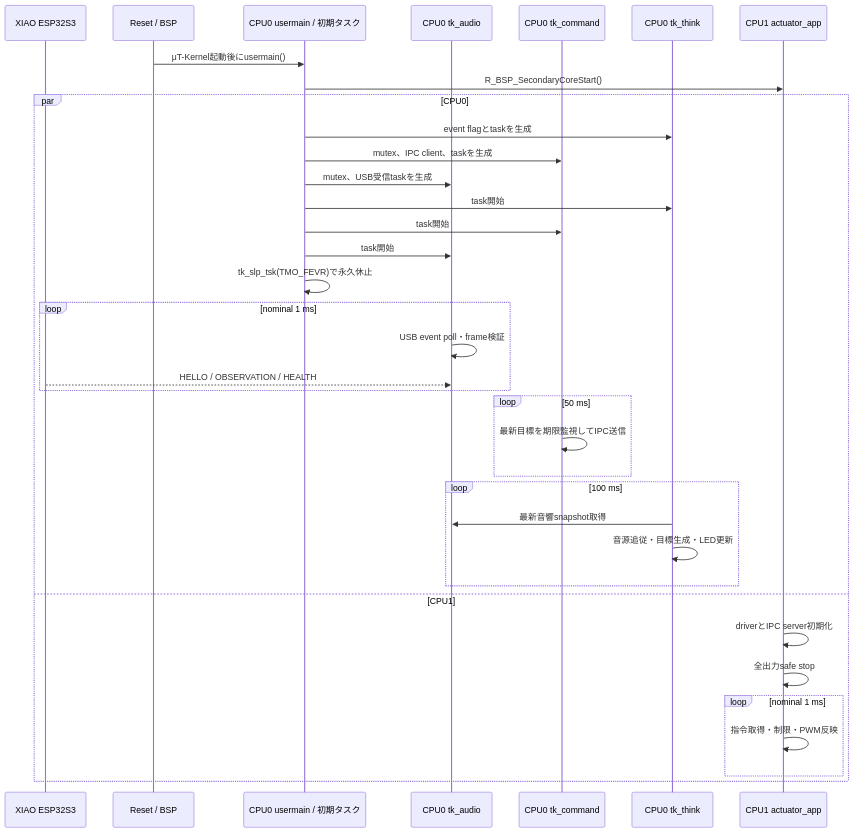
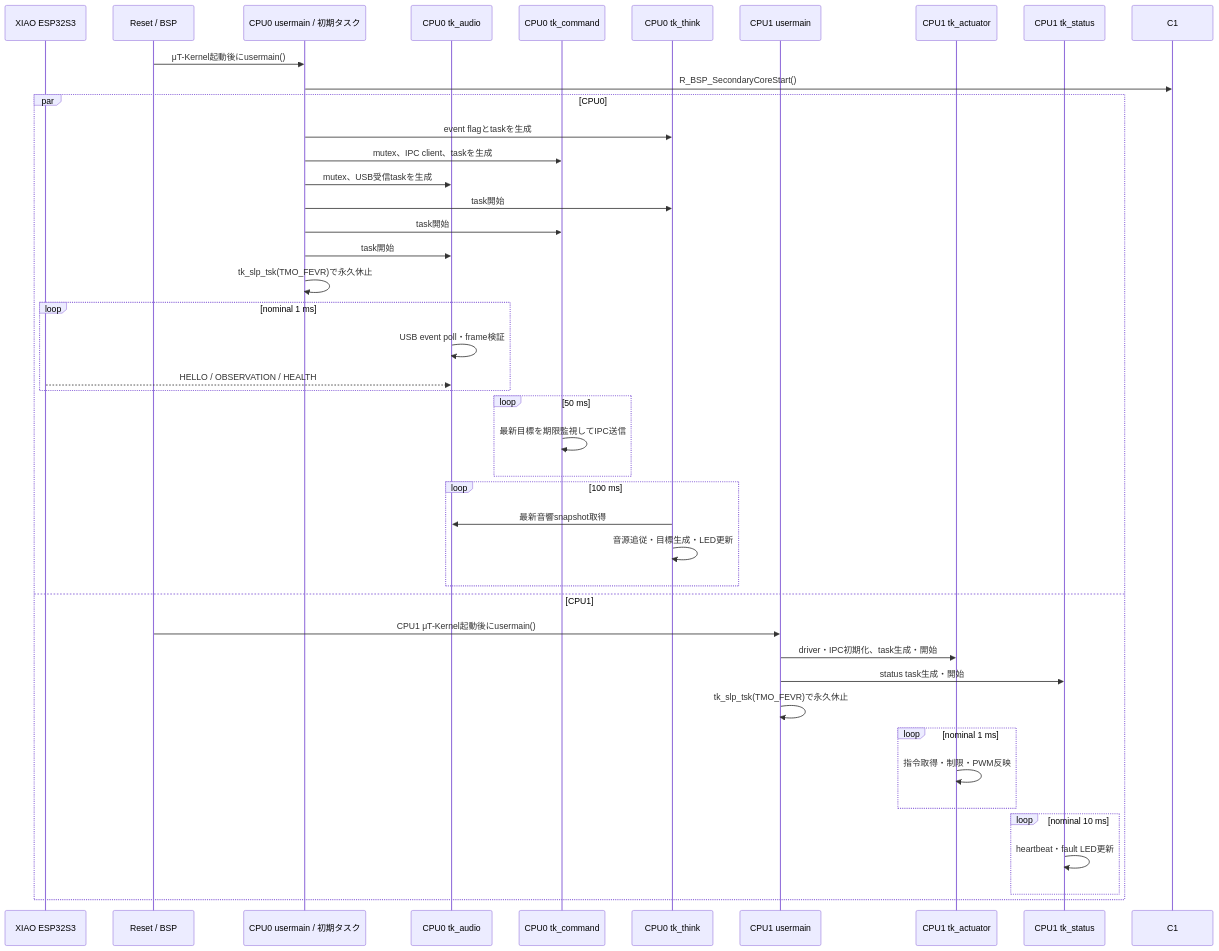
Before and after one commit to horned128/sound-exploration-rover: the second of 6 diagrams in docs/firmware/ARCHITECTURE.md, drawn with Mermaid. The commit also changed other lines of this file and 50 other files, not shown here.

````diff
--- a/docs/firmware/ARCHITECTURE.md
+++ b/docs/firmware/ARCHITECTURE.md
@@ -147,39 +160,46 @@
 ```mermaid
 sequenceDiagram
     participant ESP as XIAO ESP32S3
     participant RESET as Reset / BSP
     participant MAIN as CPU0 usermain / 初期タスク
     participant AUDIO as CPU0 tk_audio
     participant CMD as CPU0 tk_command
     participant THINK as CPU0 tk_think
-    participant C1 as CPU1 actuator_app
+    participant C1MAIN as CPU1 usermain
+    participant C1ACT as CPU1 tk_actuator
+    participant C1STAT as CPU1 tk_status
 
     RESET->>MAIN: μT-Kernel起動後にusermain()
     MAIN->>C1: R_BSP_SecondaryCoreStart()
     par CPU0
         MAIN->>THINK: event flagとtaskを生成
         MAIN->>CMD: mutex、IPC client、taskを生成
         MAIN->>AUDIO: mutex、USB受信taskを生成
         MAIN->>THINK: task開始
         MAIN->>CMD: task開始
         MAIN->>AUDIO: task開始
         MAIN->>MAIN: tk_slp_tsk(TMO_FEVR)で永久休止
         loop nominal 1 ms
             AUDIO->>AUDIO: USB event poll・frame検証
             ESP-->>AUDIO: HELLO / OBSERVATION / HEALTH
         end
         loop 50 ms
             CMD->>CMD: 最新目標を期限監視してIPC送信
         end
         loop 100 ms
             THINK->>AUDIO: 最新音響snapshot取得
             THINK->>THINK: 音源追従・目標生成・LED更新
+    end
+    and CPU1
+        RESET->>C1MAIN: CPU1 μT-Kernel起動後にusermain()
+        C1MAIN->>C1ACT: driver・IPC初期化、task生成・開始
+        C1MAIN->>C1STAT: status task生成・開始
+        C1MAIN->>C1MAIN: tk_slp_tsk(TMO_FEVR)で永久休止
+        loop nominal 1 ms
+            C1ACT->>C1ACT: 指令取得・制限・PWM反映
         end
-    and CPU1
-        C1->>C1: driverとIPC server初期化
-        C1->>C1: 全出力safe stop
-        loop nominal 1 ms
-            C1->>C1: 指令取得・制限・PWM反映
+        loop nominal 10 ms
+            C1STAT->>C1STAT: heartbeat・fault LED更新
         end
     end
 ```
````
